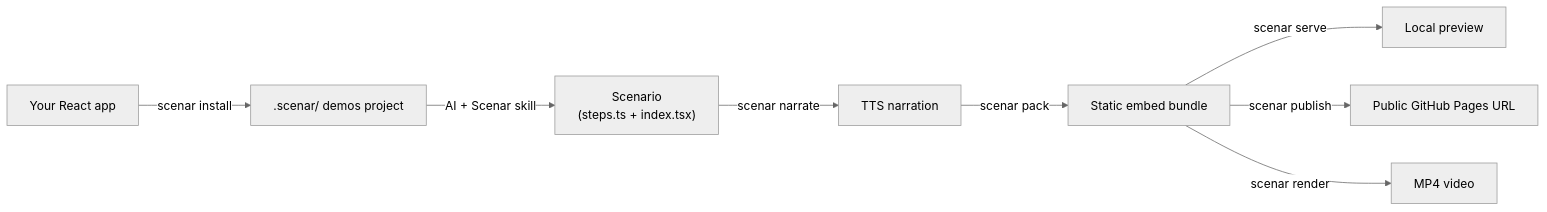
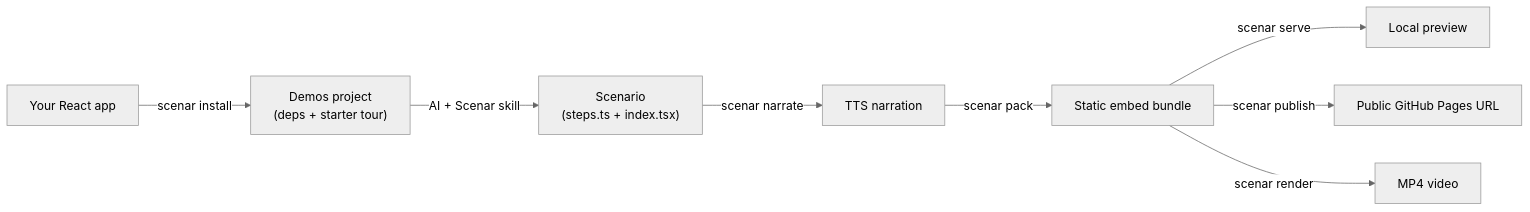
The diagram in README.md (stigmer/scenar), drawn with Mermaid (neutral theme) before and after one commit. The commit also changed other lines of this file and 59 other files, not shown here.

````diff
--- a/README.md
+++ b/README.md
@@ -21,10 +21,10 @@
 ```mermaid
 flowchart LR
-    A["Your React app"] -->|"scenar install"| B[".scenar/ demos project"]
+    A["Your React app"] -->|"scenar install"| B["Demos project<br/>(deps + starter tour)"]
     B -->|"AI + Scenar skill"| C["Scenario<br/>(steps.ts + index.tsx)"]
     C -->|"scenar narrate"| D["TTS narration"]
     D -->|"scenar pack"| E["Static embed bundle"]
     E -->|"scenar serve"| F["Local preview"]
     E -->|"scenar publish"| G["Public GitHub Pages URL"]
     E -->|"scenar render"| H["MP4 video"]
 ```
````
